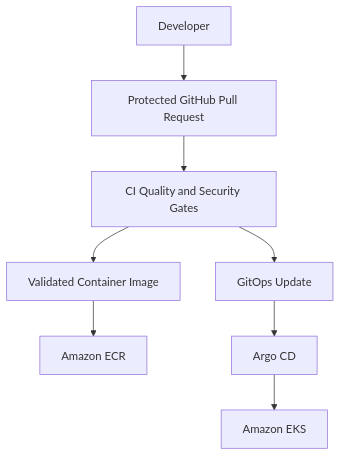
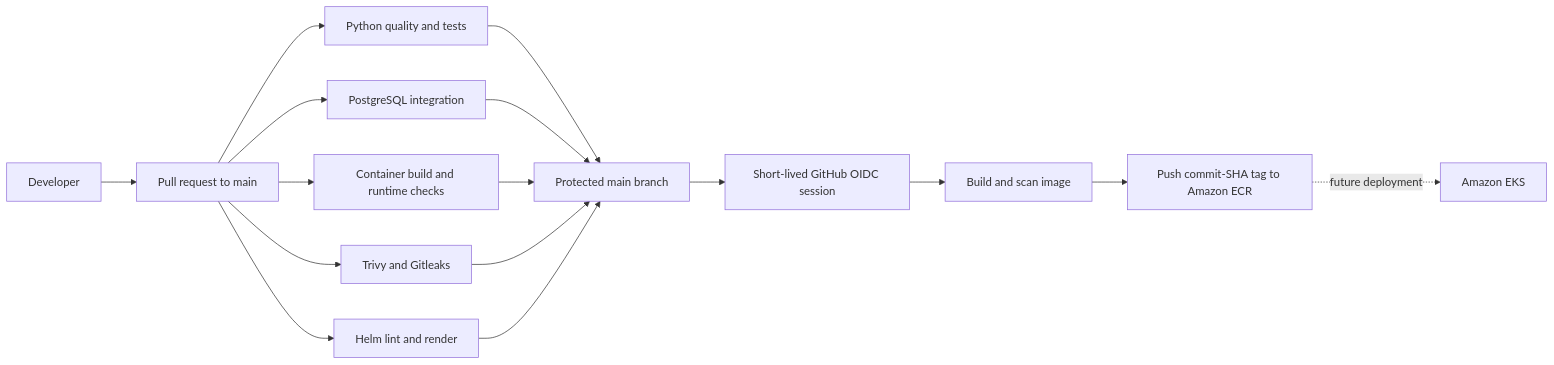
The second of 4 diagrams in README.md (SamehYahia/ai-job-platform), drawn with Mermaid before and after one commit. The commit also changed other lines of this file, not shown here.

Commit message:
docs: document EKS foundation and architecture

````diff
--- a/README.md
+++ b/README.md
@@ -472,13 +113,20 @@
 ```mermaid
-flowchart TB
-    DEV["Developer"] --> PR["Protected GitHub Pull Request"]
-    PR --> CI["CI Quality and Security Gates"]
+flowchart LR
+    DEV["Developer"] --> PR["Pull request to main"]
+    PR --> QUALITY["Python quality and tests"]
+    PR --> PG["PostgreSQL integration"]
+    PR --> IMAGE["Container build and runtime checks"]
+    PR --> SECURITY["Trivy and Gitleaks"]
+    PR --> HELM["Helm lint and render"]
 
-    CI --> IMAGE["Validated Container Image"]
+    QUALITY --> MERGE["Protected main branch"]
+    PG --> MERGE
+    IMAGE --> MERGE
+    SECURITY --> MERGE
+    HELM --> MERGE
 
-    IMAGE --> ECR["Amazon ECR"]
-
-    CI --> GITOPS["GitOps Update"]
-    GITOPS --> ARGO["Argo CD"]
-    ARGO --> EKS["Amazon EKS"]
+    MERGE --> OIDC["Short-lived GitHub OIDC session"]
+    OIDC --> BUILD["Build and scan image"]
+    BUILD --> ECR["Push commit-SHA tag to Amazon ECR"]
+    ECR -. "future deployment" .-> EKS["Amazon EKS"]
 ```
````
